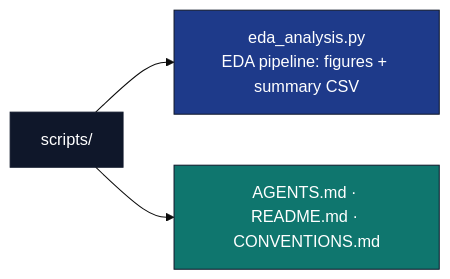
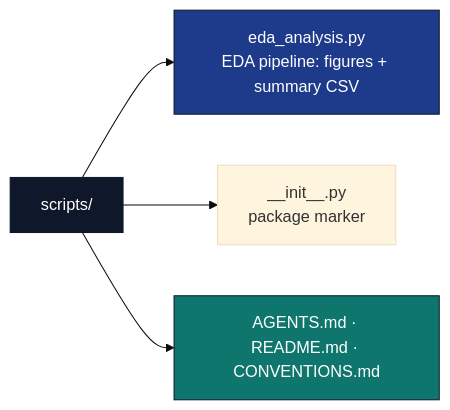
The diagram in projects/templates/template_eda_notebook/scripts/AGENTS.md (docxology/template), drawn with Mermaid (base theme) before and after one commit. The commit also changed 4 other files, not shown here.

````diff
--- a/projects/templates/template_eda_notebook/scripts/AGENTS.md
+++ b/projects/templates/template_eda_notebook/scripts/AGENTS.md
@@ -21,13 +21,14 @@
 ```mermaid
 flowchart LR
     SC[scripts/]
     SC --> EDA[eda_analysis.py<br/>EDA pipeline: figures + summary CSV]
+    SC --> INIT[__init__.py<br/>package marker]
     SC --> DOCS[AGENTS.md · README.md · CONVENTIONS.md]
 
     classDef d fill:#0f172a,stroke:#0f172a,color:#fff
     classDef code fill:#1e3a8a,stroke:#0f172a,color:#fff
     classDef doc fill:#0f766e,stroke:#0f172a,color:#fff
     class SC d
     class EDA code
     class DOCS doc
 ```
````
